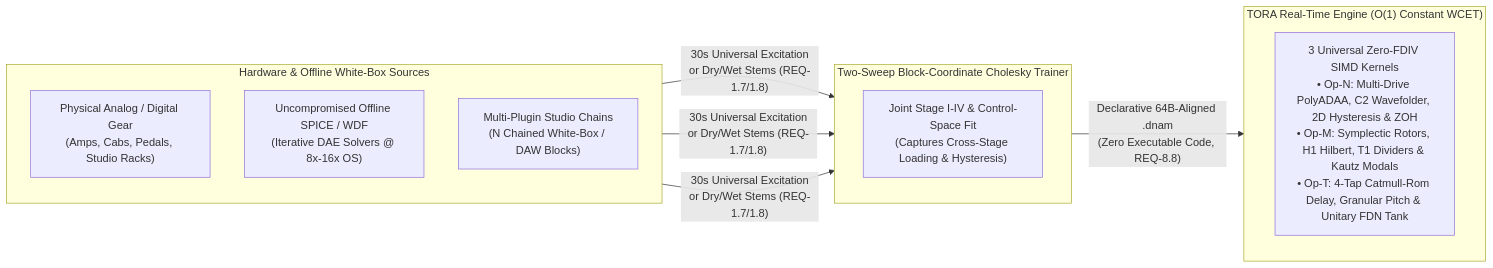
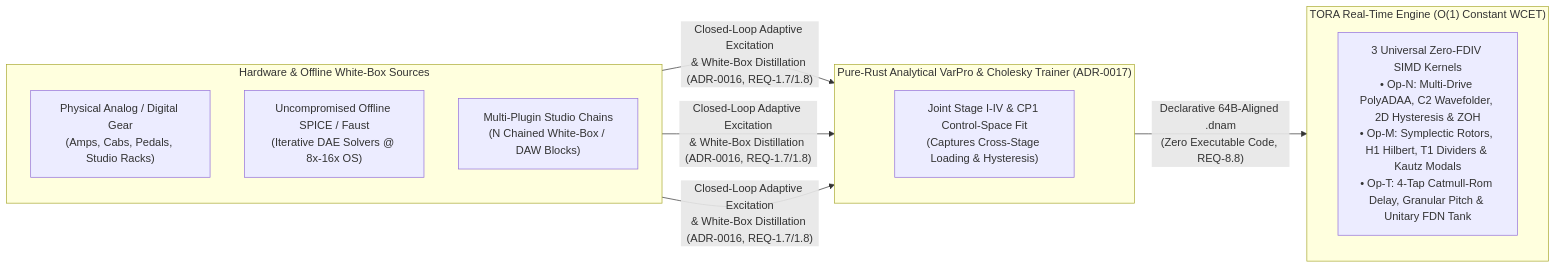
The second of 2 diagrams in docs/adr/0002-tri-operator-recurrent-architecture.md (dnam-project/dnam), drawn with Mermaid before and after one commit. The commit also changed other lines of this file and 229 other files, not shown here.

First line of the commit message:
feat(trainer,tests,docs): retire Python, scaffold Rust dnam-trainer, migrate guardrails to TS, and land ADR-0016..0018

````diff
--- a/docs/adr/0002-tri-operator-recurrent-architecture.md
+++ b/docs/adr/0002-tri-operator-recurrent-architecture.md
@@ -73,21 +73,21 @@
 ```mermaid
 flowchart LR
     subgraph Sources ["Hardware & Offline White-Box Sources"]
         direction TB
         HW["Physical Analog / Digital Gear<br/>(Amps, Cabs, Pedals, Studio Racks)"]
-        SPICE["Uncompromised Offline SPICE / WDF<br/>(Iterative DAE Solvers @ 8x-16x OS)"]
+        SPICE["Uncompromised Offline SPICE / Faust<br/>(Iterative DAE Solvers @ 8x-16x OS)"]
         Chain["Multi-Plugin Studio Chains<br/>(N Chained White-Box / DAW Blocks)"]
     end
 
-    subgraph Trainer ["Two-Sweep Block-Coordinate Cholesky Trainer"]
+    subgraph Trainer ["Pure-Rust Analytical VarPro & Cholesky Trainer (ADR-0017)"]
         direction TB
-        Fit["Joint Stage I-IV & Control-Space Fit<br/>(Captures Cross-Stage Loading & Hysteresis)"]
+        Fit["Joint Stage I-IV & CP1 Control-Space Fit<br/>(Captures Cross-Stage Loading & Hysteresis)"]
     end
 
     subgraph Runtime ["TORA Real-Time Engine (O(1) Constant WCET)"]
         direction TB
         Kernels["3 Universal Zero-FDIV SIMD Kernels<br/>• Op-N: Multi-Drive PolyADAA, C2 Wavefolder, 2D Hysteresis & ZOH<br/>• Op-M: Symplectic Rotors, H1 Hilbert, T1 Dividers & Kautz Modals<br/>• Op-T: 4-Tap Catmull-Rom Delay, Granular Pitch & Unitary FDN Tank"]
     end
 
-    HW & SPICE & Chain -->|"30s Universal Excitation<br/>or Dry/Wet Stems (REQ-1.7/1.8)"| Fit -->|"Declarative 64B-Aligned .dnam<br/>(Zero Executable Code, REQ-8.8)"| Kernels
+    HW & SPICE & Chain -->|"Closed-Loop Adaptive Excitation<br/>& White-Box Distillation (ADR-0016, REQ-1.7/1.8)"| Fit -->|"Declarative 64B-Aligned .dnam<br/>(Zero Executable Code, REQ-8.8)"| Kernels
 ```
````
